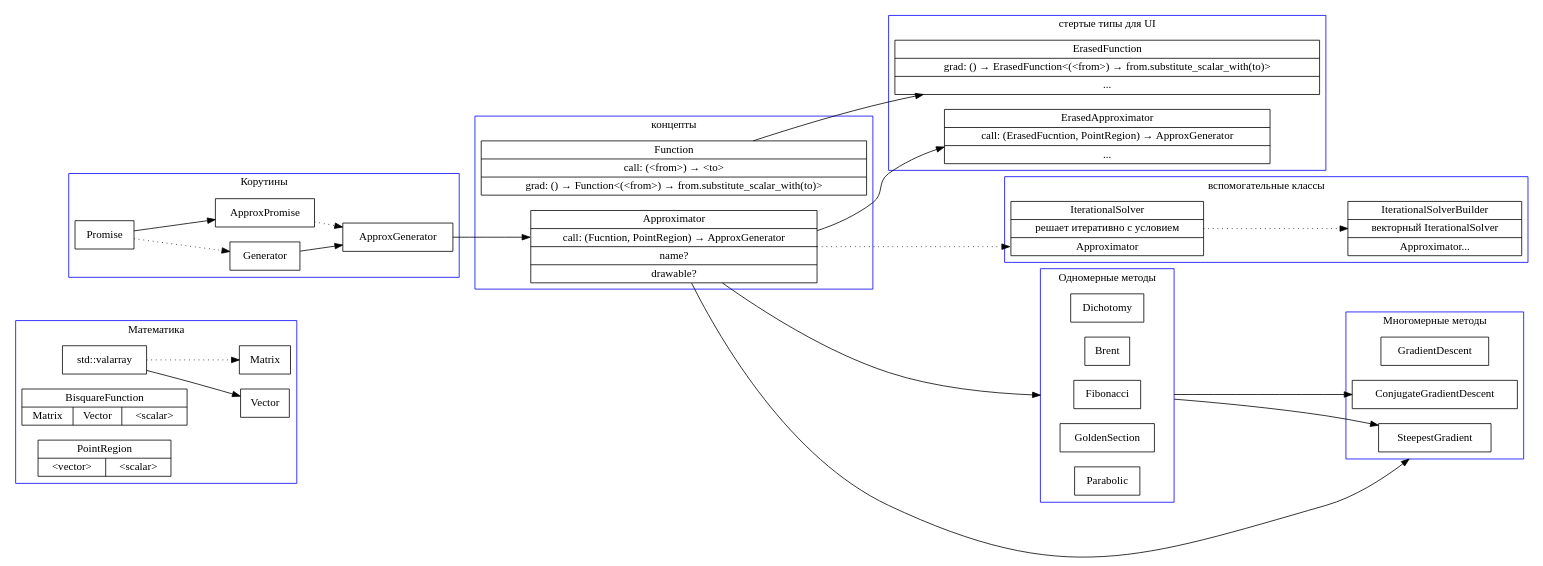
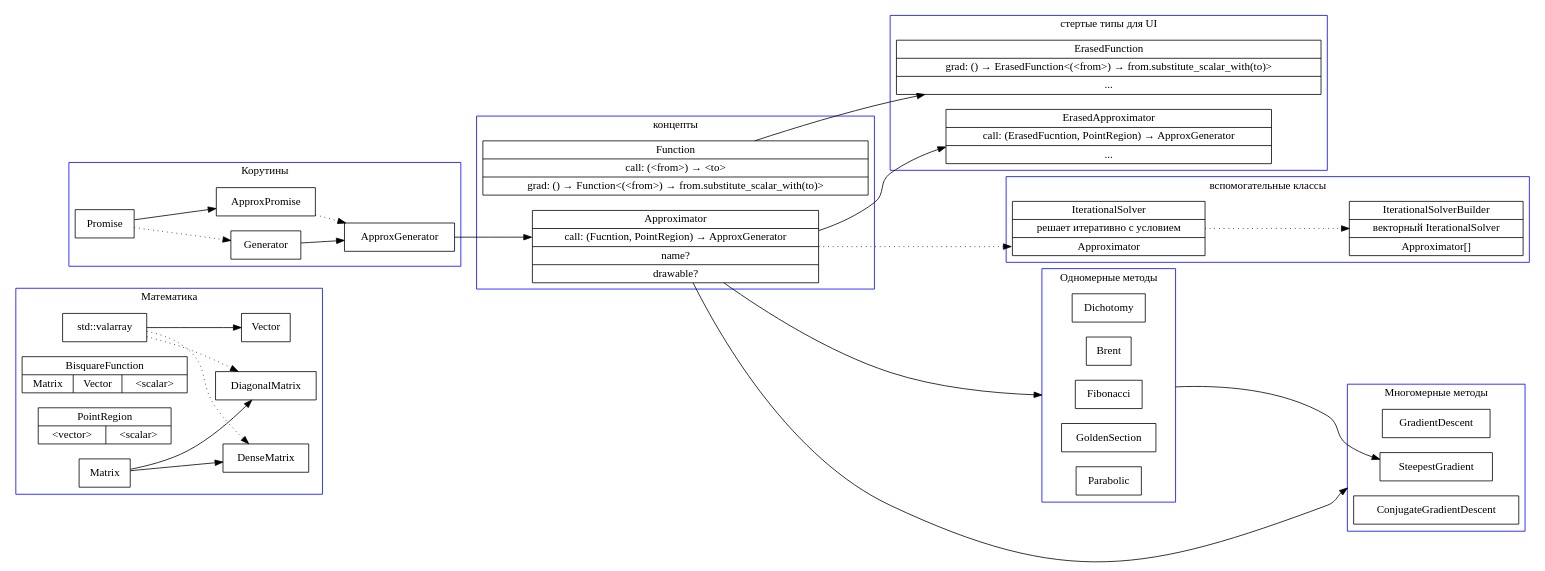
One commit to kp2pml30/optimization-methods-labs changed the diagram in doc/2/project.dot. Above: the diagram before and after it, drawn with Graphviz. The commit also changed 6 other files, not shown here.

```diff
--- a/doc/2/project.dot
+++ b/doc/2/project.dot
@@ -1,72 +1,74 @@
 digraph Project {
 	node[shape=record];
 	rankdir="LR";
 	compound=true;
 	subgraph cluster_Math {
 		label = Математика;
 		color=blue;
 
 		valarray[label="std::valarray"];
 		valarray -> Vector;
-		valarray -> Matrix [style="dotted"];
+		valarray -> DenseMatrix [style="dotted"];
+		valarray -> DiagonalMatrix [style="dotted"];
 		BisquareFunction[label="BisquareFunction|{Matrix|Vector|\<scalar\>}"];
 		PointRegion[label="PointRegion|{\<vector\>|\<scalar\>}"];
+		Matrix -> DenseMatrix;
+		Matrix -> DiagonalMatrix;
 	}
 	subgraph cluster_Onedim {
 		label = "Одномерные методы";
 		color=blue;
 
 		Dichotomy;
 		Brent;
 		Fibonacci;
 		GoldenSection;
 		Parabolic;
 	}
 	subgraph cluster_Multidim {
 		label = "Многомерные методы";
 		color=blue;
 
 		GradientDescent;
 		SteepestGradient;
 		ConjugateGradientDescent;
 	}
 	subgraph cluster_Coroutines {
 		label = "Корутины";
 		color=blue;
 
 		Promise -> Generator [style="dotted"];
 		Generator -> ApproxGenerator;
 		Promise -> ApproxPromise;
 		ApproxPromise -> ApproxGenerator [style="dotted"];
 	}
 	subgraph cluster_Concepts {
 		label = "концепты";
 		color=blue;
 
 		Function[label="Function|call: (\<from\>) → \<to\>|grad: () → Function\<(\<from\>) → from.substitute_scalar_with(to)\>"];
 		Approximator[label="Approximator|<f1>call: (Fucntion, PointRegion) → ApproxGenerator|name?|drawable?"]
 	}
 	ApproxGenerator -> Approximator:f1;
 	Fibonacci -> SteepestGradient [ltail=cluster_Onedim];
-	Fibonacci -> ConjugateGradientDescent [ltail=cluster_Onedim];
 	Approximator -> Fibonacci [lhead=cluster_Onedim];
 	Approximator -> SteepestGradient [lhead=cluster_Multidim];
 	subgraph cluster_Helpers {
 		label = "вспомогательные классы";
 		color=blue;
 
 		IterationalSolver[label="IterationalSolver|решает итеративно с условием|<f1>Approximator"];
-		IterationalSolverBuilder[label="IterationalSolverBuilder|векторный IterationalSolver|Approximator..."];
+		IterationalSolverBuilder[label="IterationalSolverBuilder|векторный IterationalSolver|Approximator[]"];
 		IterationalSolver -> IterationalSolverBuilder [style="dotted"];
 	}
 	Approximator -> IterationalSolver:f1 [style="dotted"];
 	subgraph cluster_Erased {
 		label = "стертые типы для UI";
 		color=blue;
 
 		Function -> ErasedFunction;
 		ErasedFunction[label="ErasedFunction|grad: () → ErasedFunction\<(\<from\>) → from.substitute_scalar_with(to)\>|..."];
 		Approximator -> ErasedApproximator;
 		ErasedApproximator[label="ErasedApproximator|call: (ErasedFucntion, PointRegion) → ApproxGenerator|..."]
 	}
 }
```
